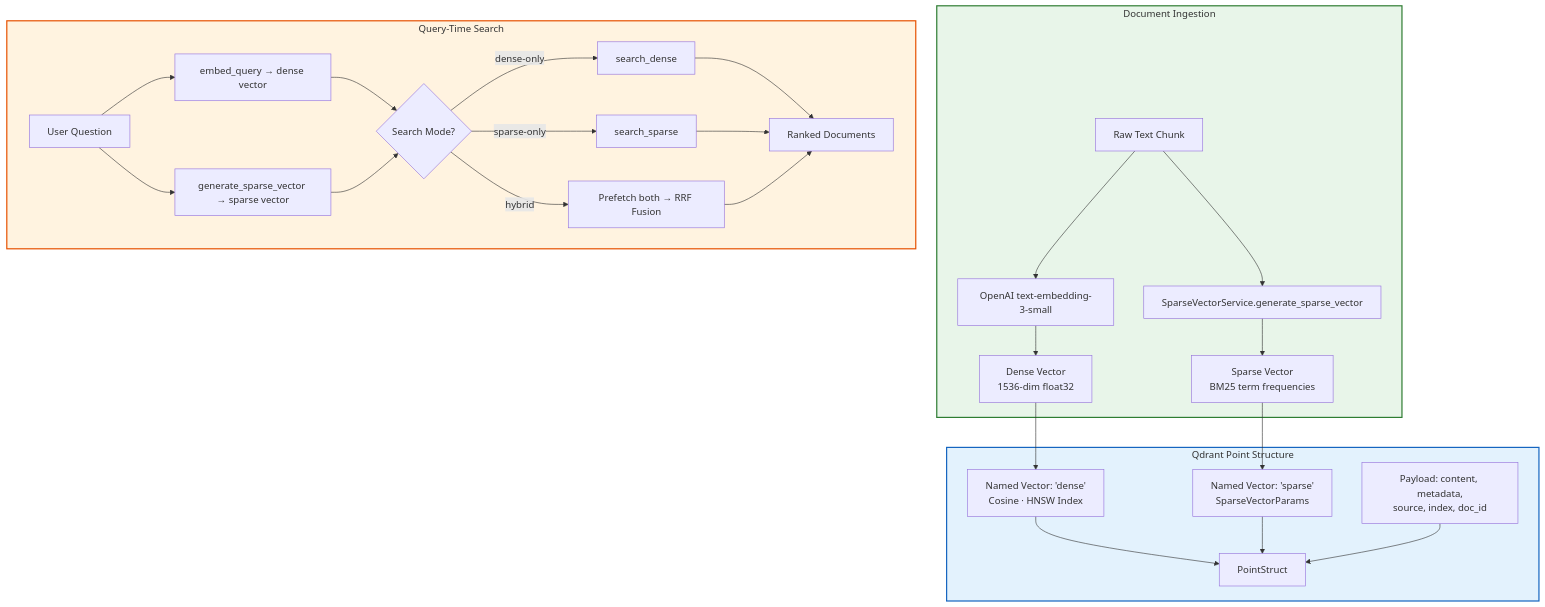
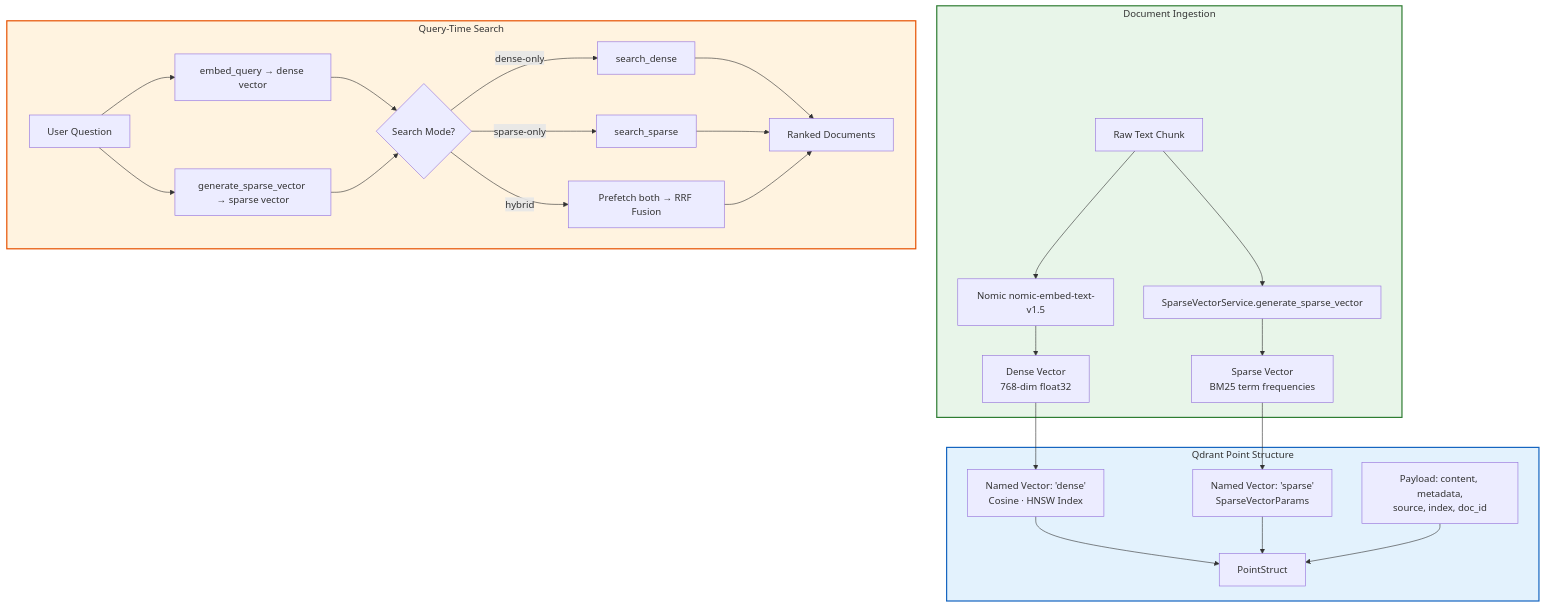
The diagram in docs/design/08-hybrid-search.md (Manishekhar001/IDOP), drawn with Mermaid before and after one commit. The commit also changed other lines of this file and 7 other files, not shown here.

````diff
--- a/docs/design/08-hybrid-search.md
+++ b/docs/design/08-hybrid-search.md
@@ -17,34 +17,34 @@
 ```mermaid
 flowchart TD
     subgraph Ingestion["Document Ingestion"]
-        A["Raw Text Chunk"] --> B["OpenAI text-embedding-3-small"]
+        A["Raw Text Chunk"] --> B["Nomic nomic-embed-text-v1.5"]
         A --> C["SparseVectorService.generate_sparse_vector"]
-        B --> D["Dense Vector<br/>1536-dim float32"]
+        B --> D["Dense Vector<br/>768-dim float32"]
         C --> E["Sparse Vector<br/>BM25 term frequencies"]
     end
 
     subgraph Storage["Qdrant Point Structure"]
         D --> F["Named Vector: 'dense'<br/>Cosine · HNSW Index"]
         E --> G["Named Vector: 'sparse'<br/>SparseVectorParams"]
         F --> H["PointStruct"]
         G --> H
         I["Payload: content, metadata,<br/>source, index, doc_id"] --> H
     end
 
     subgraph Query["Query-Time Search"]
         Q["User Question"] --> Q1["embed_query → dense vector"]
         Q --> Q2["generate_sparse_vector → sparse vector"]
         Q1 --> M{"Search Mode?"}
         Q2 --> M
         M -->|dense-only| S1["search_dense"]
         M -->|sparse-only| S2["search_sparse"]
         M -->|hybrid| S3["Prefetch both → RRF Fusion"]
         S1 --> R["Ranked Documents"]
         S2 --> R
         S3 --> R
     end
 
     style Ingestion fill:#e8f5e9,stroke:#2e7d32,stroke-width:2px
     style Storage fill:#e3f2fd,stroke:#1565c0,stroke-width:2px
     style Query fill:#fff3e0,stroke:#e65100,stroke-width:2px
 ```
````
